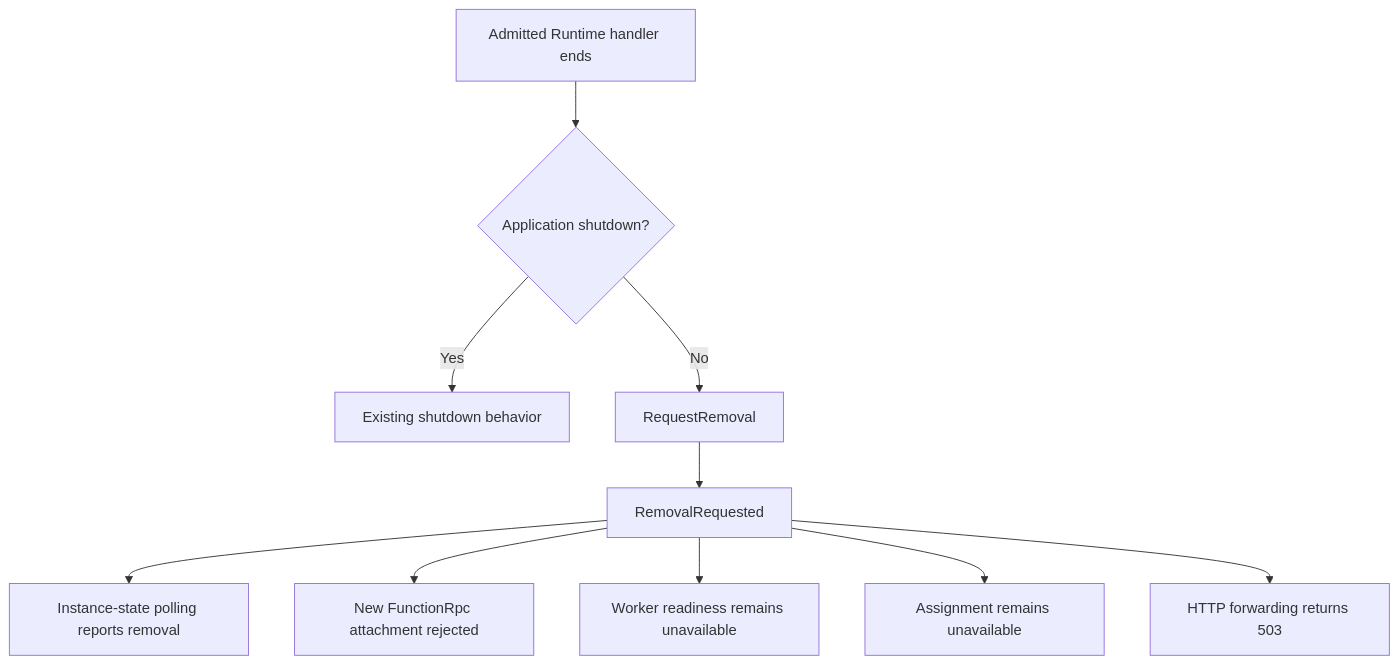
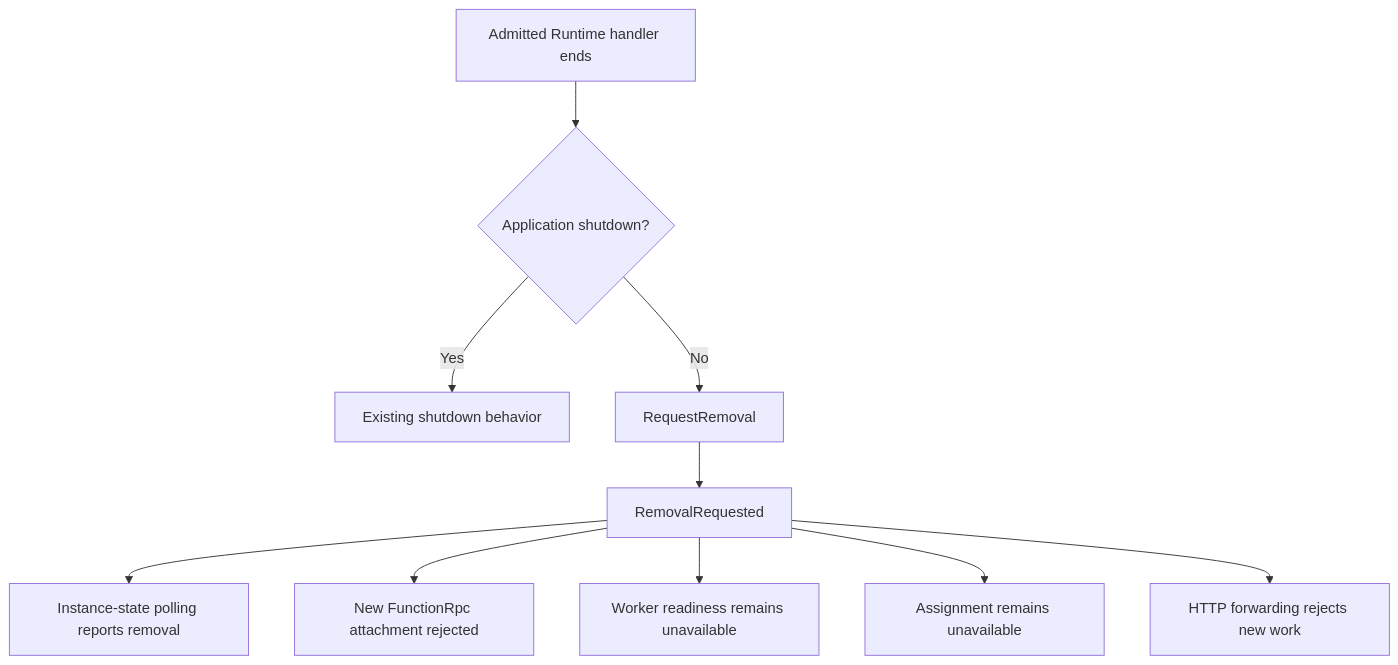
Before and after one commit to Azure/azure-functions-host: the second of 2 diagrams in tools/ComputeSeparation/byoc-worker-runtime-link-loss-cleanup.md, drawn with Mermaid. The commit also changed other lines of this file and 2 other files, not shown here.

````diff
--- a/tools/ComputeSeparation/byoc-worker-runtime-link-loss-cleanup.md
+++ b/tools/ComputeSeparation/byoc-worker-runtime-link-loss-cleanup.md
@@ -53,12 +53,12 @@
 ```mermaid
 flowchart TD
     Terminal[Admitted Runtime handler ends] --> Shutdown{Application shutdown?}
     Shutdown -->|Yes| Existing[Existing shutdown behavior]
     Shutdown -->|No| Remove[RequestRemoval]
     Remove --> State[RemovalRequested]
     State --> Poll[Instance-state polling reports removal]
     State --> Grpc[New FunctionRpc attachment rejected]
     State --> Ready[Worker readiness remains unavailable]
     State --> Assign[Assignment remains unavailable]
-    State --> Http[HTTP forwarding returns 503]
+    State --> Http[HTTP forwarding rejects new work]
 ```
````
